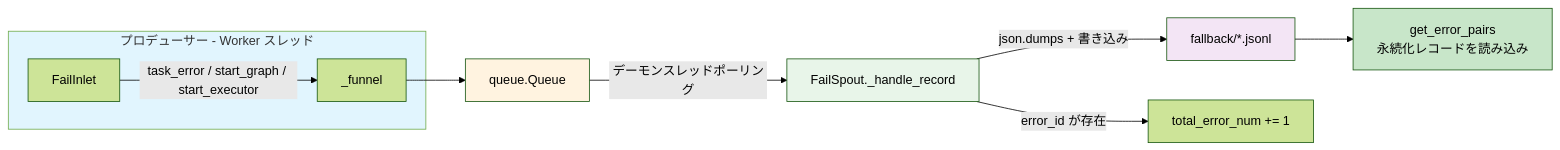
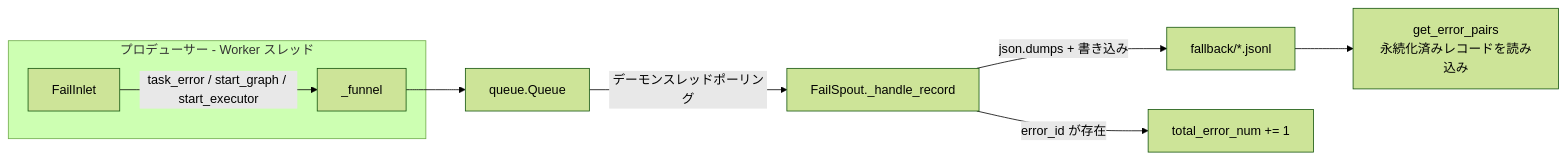
One commit to Mr-xiaotian/CelestialFlow changed the first of 2 diagrams in docs/ja/src/persistence/core_fail.md. Above: the diagram before and after it, drawn with Mermaid (forest theme). The commit also changed other lines of this file and 278 other files, not shown here.

````diff
--- a/docs/ja/src/persistence/core_fail.md
+++ b/docs/ja/src/persistence/core_fail.md
@@ -13,19 +13,12 @@
 ```mermaid
 flowchart LR
     subgraph Producer[プロデューサー - Worker スレッド]
         Inlet[FailInlet]
         Inlet -->|task_error / start_graph / start_executor| Funnel[_funnel]
     end
     Funnel --> Queue[queue.Queue]
     Queue -->|デーモンスレッドポーリング| Spout[FailSpout._handle_record]
     Spout -->|json.dumps + 書き込み| JSONL[fallback/*.jsonl]
     Spout -->|error_id が存在| Counter[total_error_num += 1]
-    JSONL --> Read[get_error_pairs
-永続化レコードを読み込み]
-
-    style Producer fill:#e1f5fe
-    style Queue fill:#fff3e0
-    style Spout fill:#e8f5e9
-    style JSONL fill:#f3e5f5
-    style Read fill:#c8e6c9
+    JSONL --> Read[get_error_pairs<br/>永続化済みレコードを読み込み]
 ```
````
